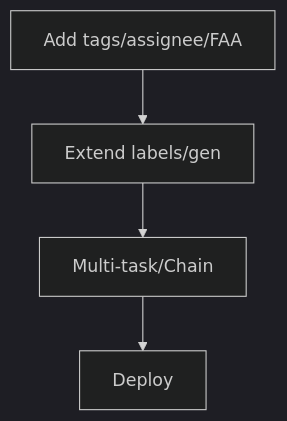
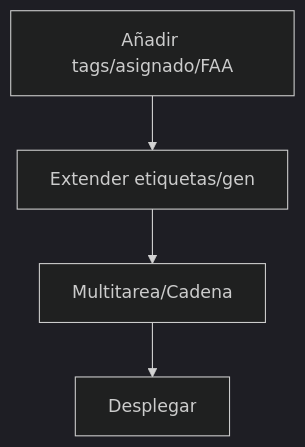
The seventh of 7 diagrams in docs/vitepress_docs/docs_src/es/guide/plan-ticket-automation-project.md (Softoft-Orga/open-ticket-ai), drawn with Mermaid before and after one commit. The commit also changed other lines of this file and 88 other files, not shown here.

````diff
--- a/docs/vitepress_docs/docs_src/es/guide/plan-ticket-automation-project.md
+++ b/docs/vitepress_docs/docs_src/es/guide/plan-ticket-automation-project.md
@@ -217,10 +220,10 @@
 ```mermaid
 ---
 config:
   theme: 'dark'
 ---
 flowchart TD
-  A[Add tags/assignee/FAA] --> B[Extend labels/gen]
-  B --> C[Multi-task/Chain]
-  C --> D[Deploy]
+  A[Añadir tags/asignado/FAA] --> B[Extender etiquetas/gen]
+  B --> C[Multitarea/Cadena]
+  C --> D[Desplegar]
 ```
````
